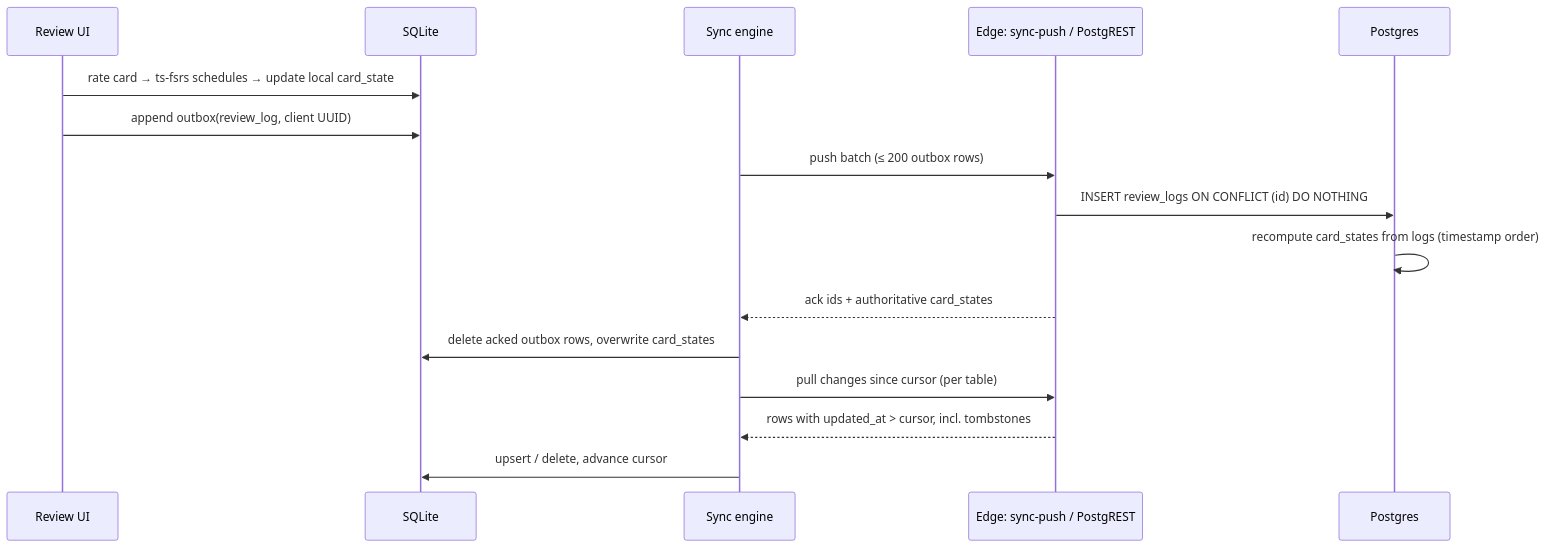
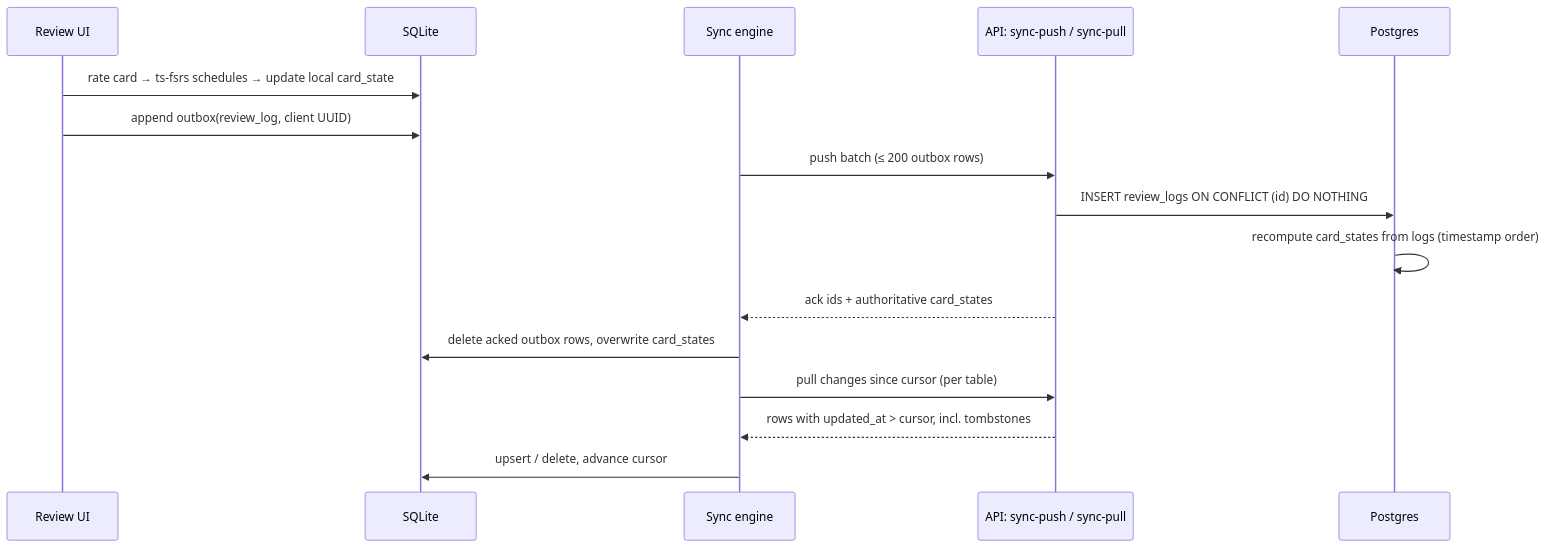
The diagram in docs/engineering/mobile-app.md (mariajunqueiramirandas-cpu/Studify), drawn with Mermaid before and after one commit. The commit also changed other lines of this file and 72 other files, not shown here.

````diff
--- a/docs/engineering/mobile-app.md
+++ b/docs/engineering/mobile-app.md
@@ -204,18 +204,18 @@
 ```mermaid
 sequenceDiagram
   participant UI as Review UI
   participant L as SQLite
   participant S as Sync engine
-  participant API as Edge: sync-push / PostgREST
+  participant API as API: sync-push / sync-pull
   participant PG as Postgres
   UI->>L: rate card → ts-fsrs schedules → update local card_state
   UI->>L: append outbox(review_log, client UUID)
   S->>API: push batch (≤ 200 outbox rows)
   API->>PG: INSERT review_logs ON CONFLICT (id) DO NOTHING
   PG->>PG: recompute card_states from logs (timestamp order)
   API-->>S: ack ids + authoritative card_states
   S->>L: delete acked outbox rows, overwrite card_states
   S->>API: pull changes since cursor (per table)
   API-->>S: rows with updated_at > cursor, incl. tombstones
   S->>L: upsert / delete, advance cursor
 ```
````
